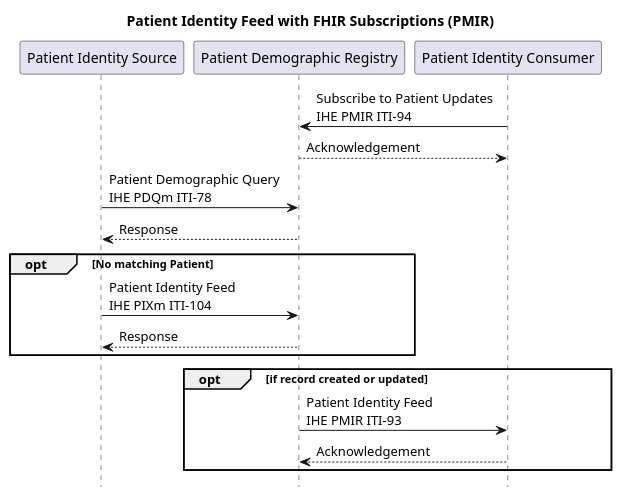
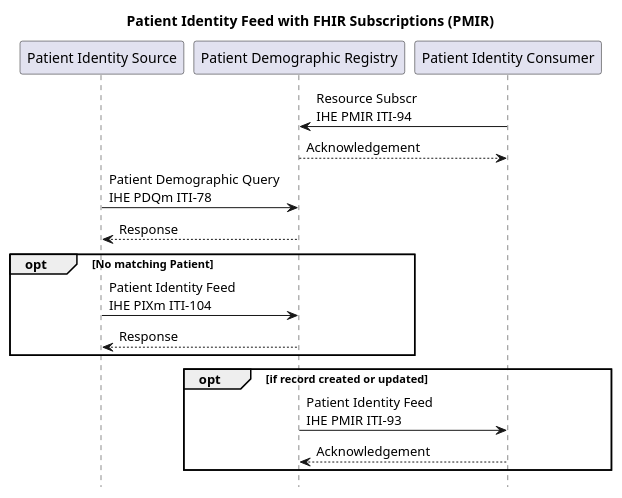
One commit to NHSDigital/interoperability-standards-documentation changed the diagram in input/images-source/ihe-pam-plus-pmir-sequence.plantuml. Above: the diagram before and after it, drawn with PlantUML. The commit also changed 452 other files, not shown here.

```diff
--- a/input/images-source/ihe-pam-plus-pmir-sequence.plantuml
+++ b/input/images-source/ihe-pam-plus-pmir-sequence.plantuml
@@ -1,24 +1,24 @@
 @startuml
 
 hide footbox
 
 title "Patient Identity Feed with FHIR Subscriptions (PMIR)"
 
 participant "Patient Identity Source" as PIXSource
 participant "Patient Demographic Registry" as PIXManager
 participant "Patient Identity Consumer" as PIXConsumer
 
-PIXConsumer -> PIXManager: Subscribe to Patient Updates\nIHE PMIR ITI-94
+PIXConsumer -> PIXManager: Resource Subscr\nIHE PMIR ITI-94
 PIXManager --> PIXConsumer : Acknowledgement
 PIXSource -> PIXManager :  Patient Demographic Query\nIHE PDQm ITI-78
 PIXManager --> PIXSource : Response
 opt No matching Patient
   PIXSource -> PIXManager: Patient Identity Feed \nIHE PIXm ITI-104
   PIXManager --> PIXSource : Response
 end
 opt if record created or updated
     PIXManager -> PIXConsumer: Patient Identity Feed \nIHE PMIR ITI-93
     PIXConsumer --> PIXManager: Acknowledgement
 end
 
 @enduml
```
